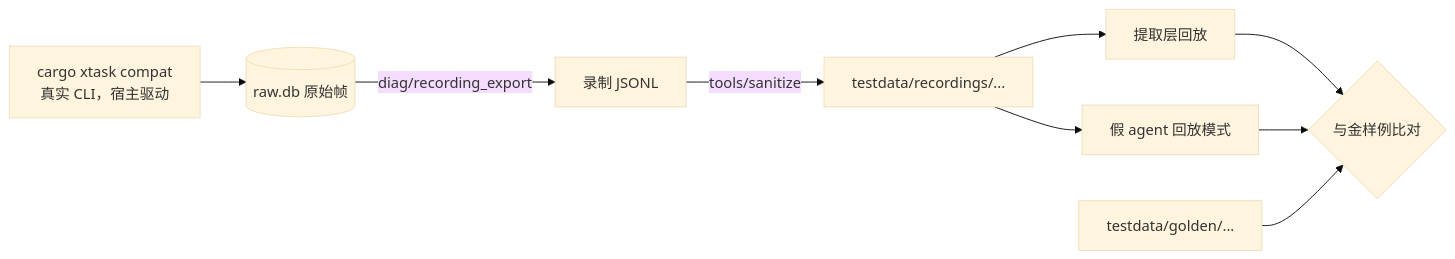
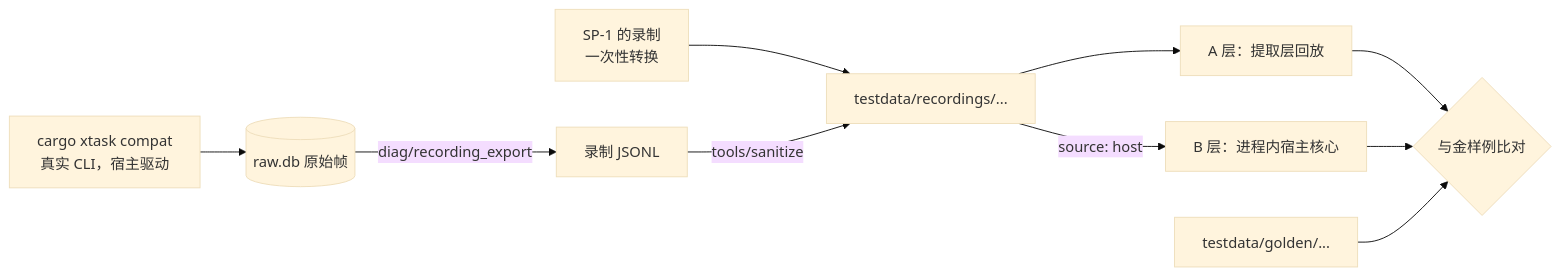
The diagram in docs/design/09-testing.md (boris-w/cupper), drawn with Mermaid (base theme) before and after one commit. The commit also changed other lines of this file, not shown here.

````diff
--- a/docs/design/09-testing.md
+++ b/docs/design/09-testing.md
@@ -50,10 +74,11 @@
 ```mermaid
 flowchart LR
   COMPAT["cargo xtask compat<br/>真实 CLI，宿主驱动"] --> RAW[("raw.db 原始帧")]
   RAW -->|"diag/recording_export"| REC["录制 JSONL"]
+  SP1["SP-1 的录制<br/>一次性转换"] --> TD
   REC -->|"tools/sanitize"| TD["testdata/recordings/..."]
-  TD --> EXT["提取层回放"]
-  TD --> FAKE["假 agent 回放模式"]
-  EXT & FAKE --> CMP{"与金样例比对"}
+  TD --> A["A 层：提取层回放"]
+  TD -->|"source: host"| B["B 层：进程内宿主核心"]
+  A & B --> CMP{"与金样例比对"}
   GOLD["testdata/golden/..."] --> CMP
 ```
````
